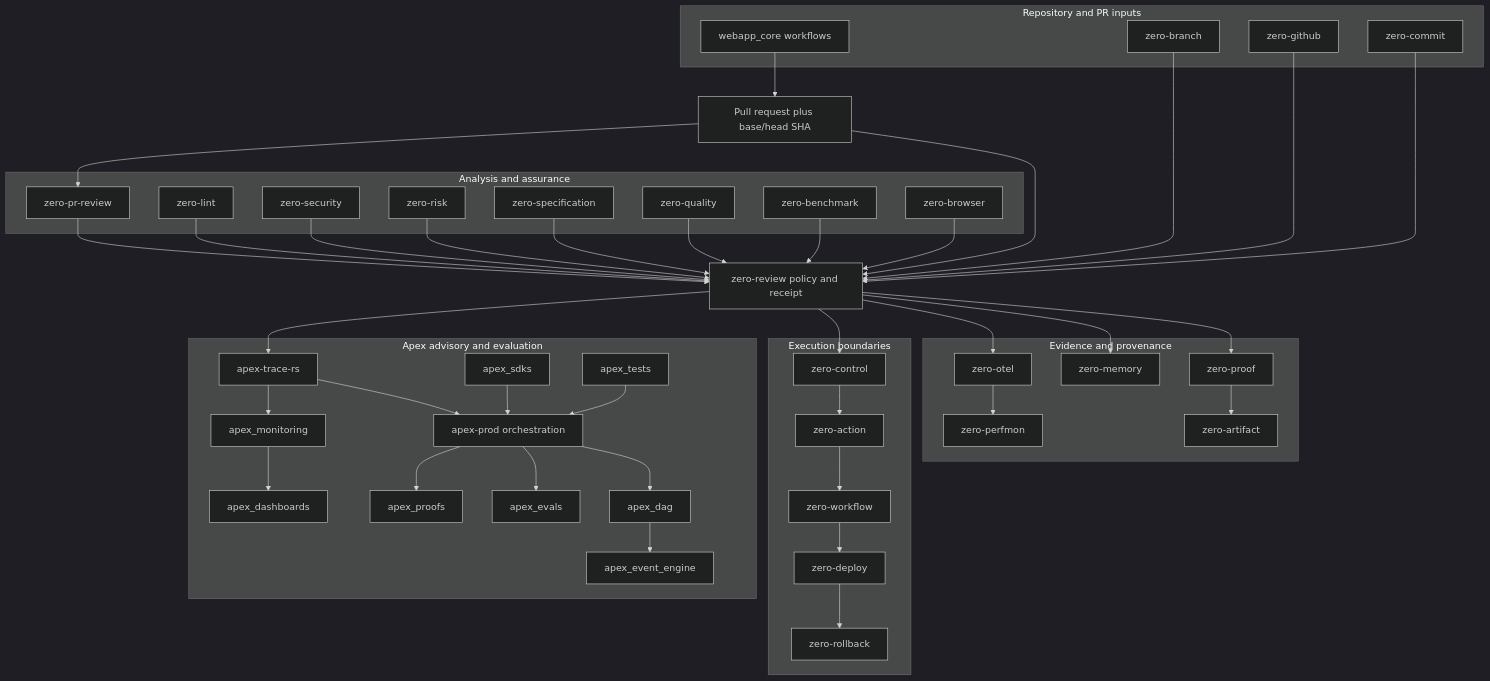
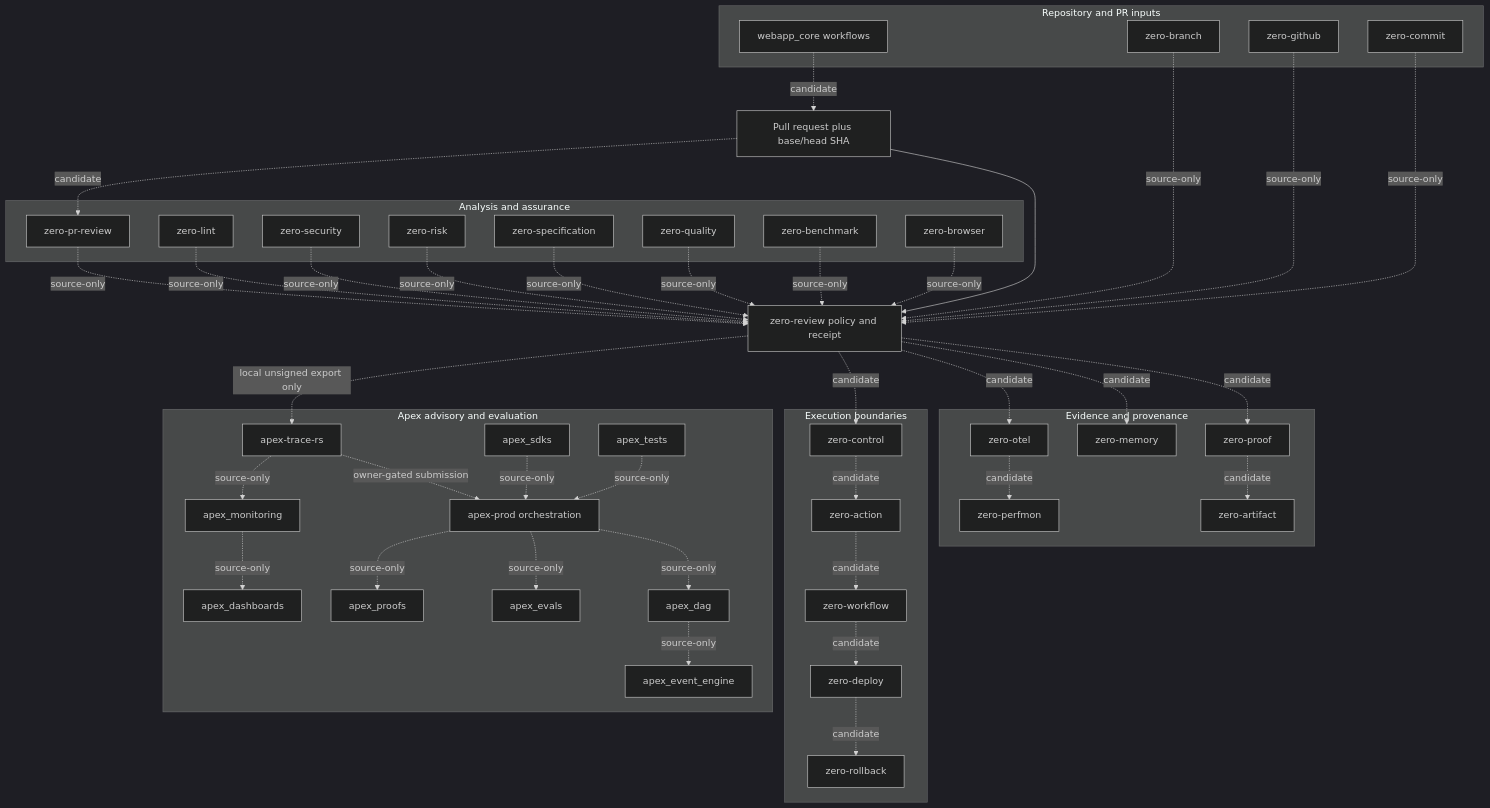
One commit to raf-com/zero-review changed the first of 2 diagrams in docs/ECOSYSTEM_MAP.md. Above: the diagram before and after it, drawn with Mermaid (dark theme). The commit also changed other lines of this file and 14 other files, not shown here.

````diff
--- a/docs/ECOSYSTEM_MAP.md
+++ b/docs/ECOSYSTEM_MAP.md
@@ -7,77 +7,77 @@
 ```mermaid
 flowchart TB
   PR[Pull request plus base/head SHA] --> ZREV[zero-review policy and receipt]
 
   subgraph INPUTS[Repository and PR inputs]
     W[webapp_core workflows]
     ZBR[zero-branch]
     ZGH[zero-github]
     ZCOM[zero-commit]
   end
 
   subgraph ANALYSIS[Analysis and assurance]
     ZPR[zero-pr-review]
     ZL[zero-lint]
     ZSEC[zero-security]
     ZRISK[zero-risk]
     ZSPEC[zero-specification]
     ZQUAL[zero-quality]
     ZBENCH[zero-benchmark]
     ZBROW[zero-browser]
   end
 
   subgraph EVIDENCE[Evidence and provenance]
     ZPROOF[zero-proof]
     ZART[zero-artifact]
     ZMEM[zero-memory]
     ZOTEL[zero-otel]
     ZPERF[zero-perfmon]
   end
 
   subgraph CONTROL[Execution boundaries]
     ZCTRL[zero-control]
     ZACT[zero-action]
     ZWF[zero-workflow]
     ZDEP[zero-deploy]
     ZROLL[zero-rollback]
   end
 
   subgraph APEX[Apex advisory and evaluation]
     AP[apex-prod orchestration]
     ATR[apex-trace-rs]
     AE[apex_evals]
     APR[apex_proofs]
     ADAG[apex_dag]
     AEV[apex_event_engine]
     AMON[apex_monitoring]
     ADASH[apex_dashboards]
     ASDK[apex_sdks]
     ATEST[apex_tests]
   end
 
-  W --> PR
-  ZBR --> ZREV
-  ZGH --> ZREV
-  ZCOM --> ZREV
-  PR --> ZPR
-  ZPR --> ZREV
-  ZL --> ZREV
-  ZSEC --> ZREV
-  ZRISK --> ZREV
-  ZSPEC --> ZREV
-  ZQUAL --> ZREV
-  ZBENCH --> ZREV
-  ZBROW --> ZREV
-  ZREV --> ZPROOF --> ZART
-  ZREV --> ZMEM
-  ZREV --> ZOTEL --> ZPERF
-  ZREV --> ZCTRL --> ZACT --> ZWF
-  ZWF --> ZDEP --> ZROLL
-  ZREV --> ATR --> AP
-  AP --> ADAG --> AEV
-  AP --> AE
-  AP --> APR
-  ATR --> AMON --> ADASH
-  ASDK --> AP
-  ATEST --> AP
+  W -. candidate .-> PR
+  ZBR -. source-only .-> ZREV
+  ZGH -. source-only .-> ZREV
+  ZCOM -. source-only .-> ZREV
+  PR -. candidate .-> ZPR
+  ZPR -. source-only .-> ZREV
+  ZL -. source-only .-> ZREV
+  ZSEC -. source-only .-> ZREV
+  ZRISK -. source-only .-> ZREV
+  ZSPEC -. source-only .-> ZREV
+  ZQUAL -. source-only .-> ZREV
+  ZBENCH -. source-only .-> ZREV
+  ZBROW -. source-only .-> ZREV
+  ZREV -. candidate .-> ZPROOF -. candidate .-> ZART
+  ZREV -. candidate .-> ZMEM
+  ZREV -. candidate .-> ZOTEL -. candidate .-> ZPERF
+  ZREV -. candidate .-> ZCTRL -. candidate .-> ZACT -. candidate .-> ZWF
+  ZWF -. candidate .-> ZDEP -. candidate .-> ZROLL
+  ZREV -. local unsigned export only .-> ATR -. owner-gated submission .-> AP
+  AP -. source-only .-> ADAG -. source-only .-> AEV
+  AP -. source-only .-> AE
+  AP -. source-only .-> APR
+  ATR -. source-only .-> AMON -. source-only .-> ADASH
+  ASDK -. source-only .-> AP
+  ATEST -. source-only .-> AP
 ```
````
